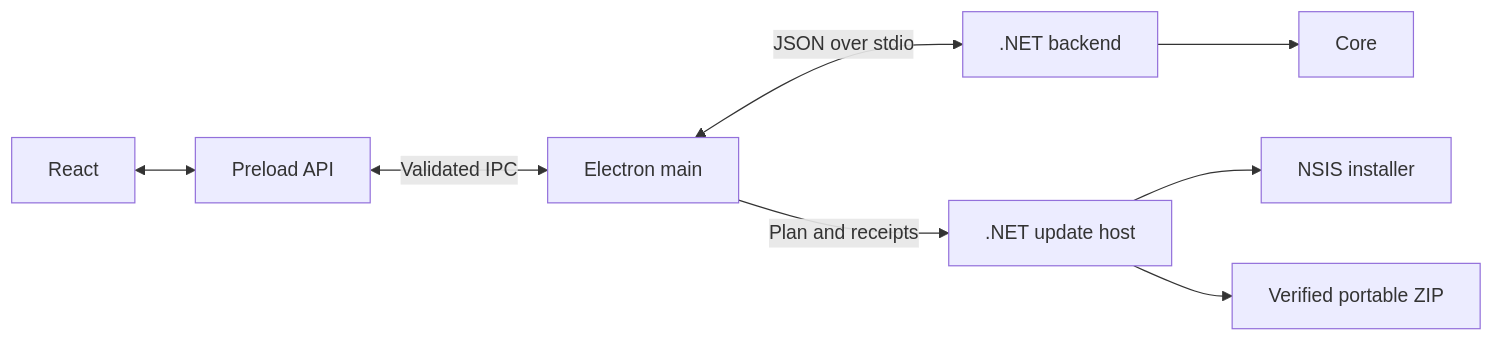
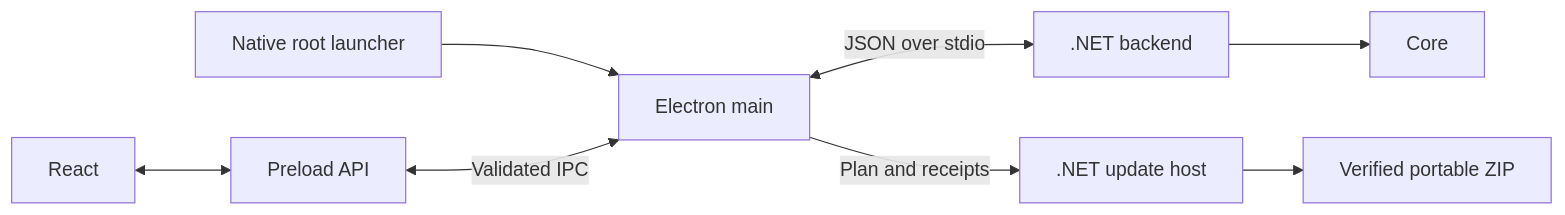
Before and after one commit to bezoro/ahk-manager: the diagram in ARCHITECTURE.md, drawn with Mermaid. The commit also changed other lines of this file and 218 other files, not shown here.

````diff
--- a/ARCHITECTURE.md
+++ b/ARCHITECTURE.md
@@ -5,10 +5,10 @@
 ```mermaid
 flowchart LR
+  Launcher[Native root launcher] --> Main[Electron main]
   Renderer[React] <--> Preload[Preload API]
-  Preload <-->|Validated IPC| Main[Electron main]
+  Preload <-->|Validated IPC| Main
   Main <-->|JSON over stdio| Backend[.NET backend]
   Backend --> Core[Core]
   Main -->|Plan and receipts| UpdateHost[.NET update host]
-  UpdateHost --> NSIS[NSIS installer]
   UpdateHost --> Portable[Verified portable ZIP]
 ```
````
